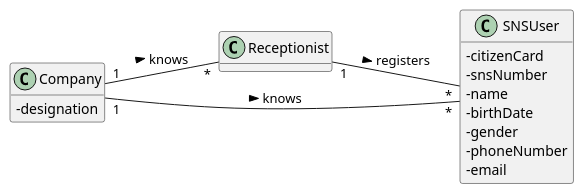
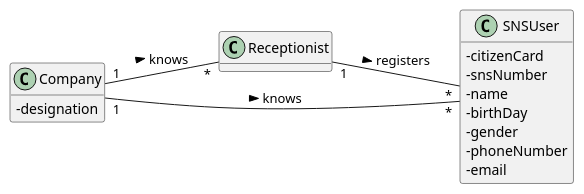
The diagram in docs/SprintB/US03/DM/US03_DM.puml (miseEnPlace-i/lapr2), drawn with PlantUML before and after one commit. The commit also changed 5 other files, not shown here.

Commit message:
docs(US03): minoor modifications in dm, changes in diagrams

```diff
--- a/docs/SprintB/US03/DM/US03_DM.puml
+++ b/docs/SprintB/US03/DM/US03_DM.puml
@@ -1,34 +1,34 @@
 @startuml Domain Model
 hide methods
 left to right direction
 skinparam classAttributeIconSize 0
 
 class Receptionist { }
 
 class SNSUser {
   - citizenCard
   - snsNumber
   - name
-  - birthDate
+  - birthDay
   - gender
   - phoneNumber
   - email
 }
 
 class Company {
   - designation
 }
 
 ' class User {
 '   - name
 '   - email
 '   - pwd
 '   - role
 ' }
 
 Receptionist "1" -- "*" SNSUser : registers >
 Company "1" -- "*" Receptionist : knows >
 Company "1" -- "*" SNSUser : knows >
 ' SNSUser "0..1" -- "1" User : becomes >
 
 @enduml
```
